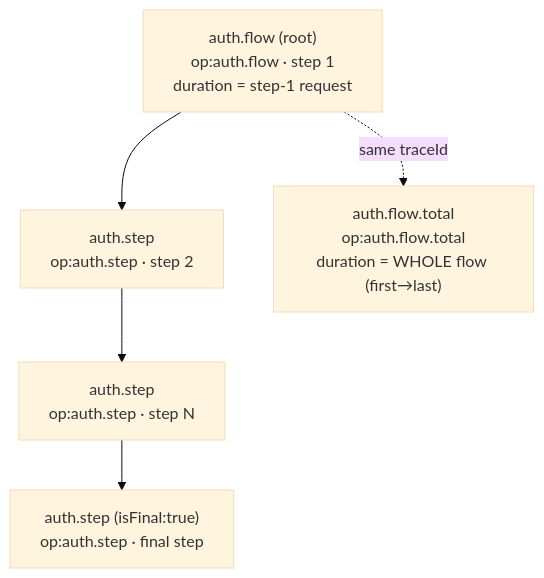
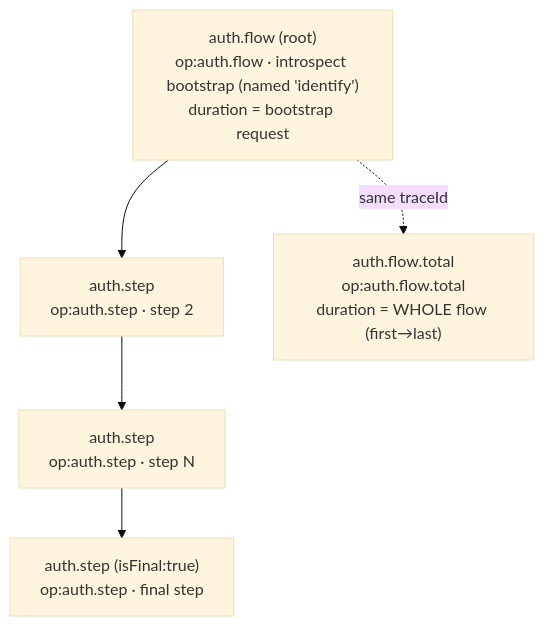
One commit to okta/okta-signin-widget changed the second of 2 diagrams in src/v3/docs/sentry-observability-one-pager.md. Above: the diagram before and after it, drawn with Mermaid (base theme). The commit also changed other lines of this file, not shown here.

First line of the commit message:
gen3(sentry-poc): clarify root span = /introspect bootstrap in timeline diagram

````diff
--- a/src/v3/docs/sentry-observability-one-pager.md
+++ b/src/v3/docs/sentry-observability-one-pager.md
@@ -71,10 +72,10 @@
 ```mermaid
 flowchart TD
-  F["auth.flow (root)<br/>op:auth.flow · step 1<br/>duration = step-1 request"]
+  F["auth.flow (root)<br/>op:auth.flow · introspect bootstrap (named 'identify')<br/>duration = bootstrap request"]
   S2["auth.step<br/>op:auth.step · step 2"]
   SN["auth.step<br/>op:auth.step · step N"]
   FIN["auth.step (isFinal:true)<br/>op:auth.step · final step"]
   TOT["auth.flow.total<br/>op:auth.flow.total<br/>duration = WHOLE flow (first→last)"]
   F --> S2 --> SN --> FIN
   F -.->|same traceId| TOT
 ```
````
